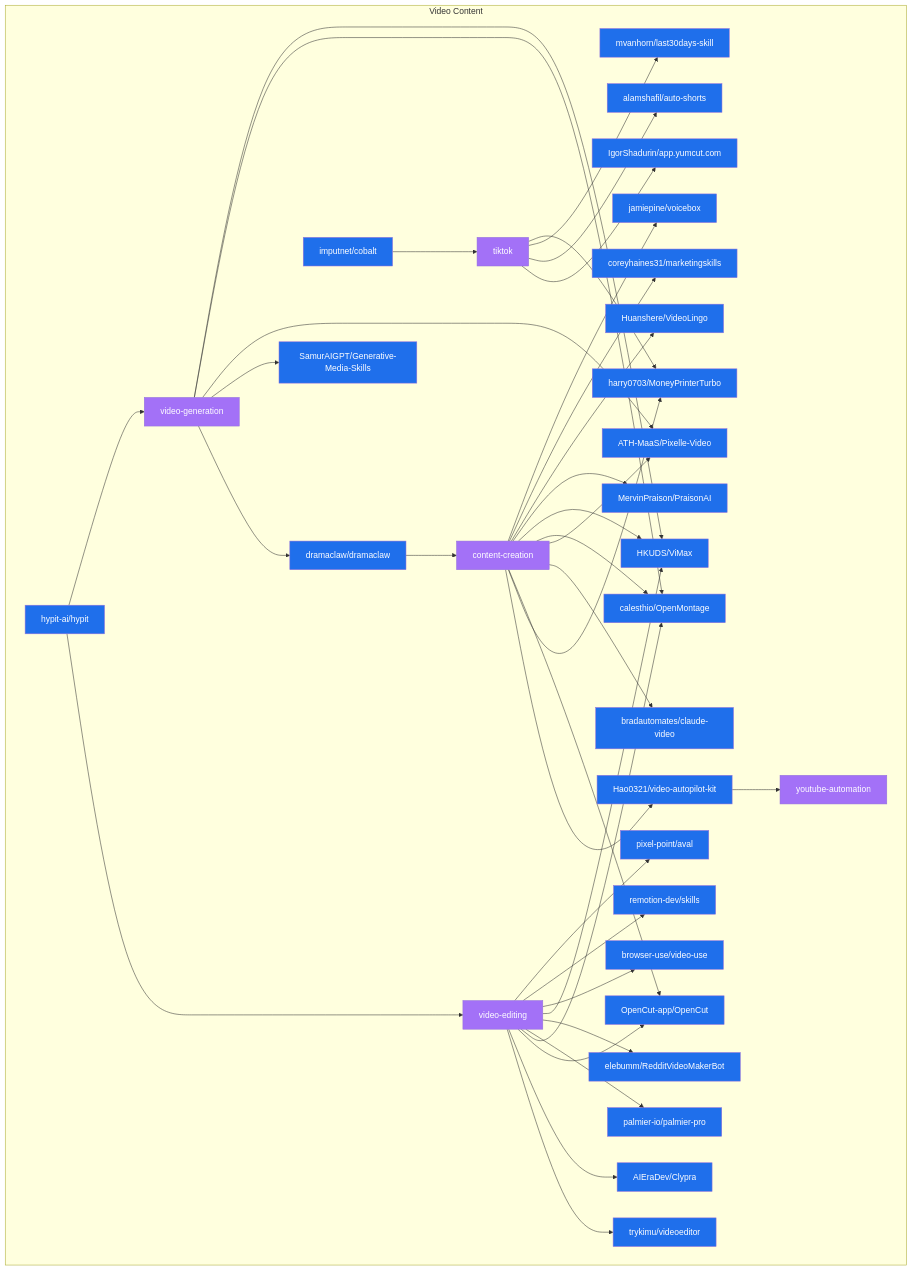
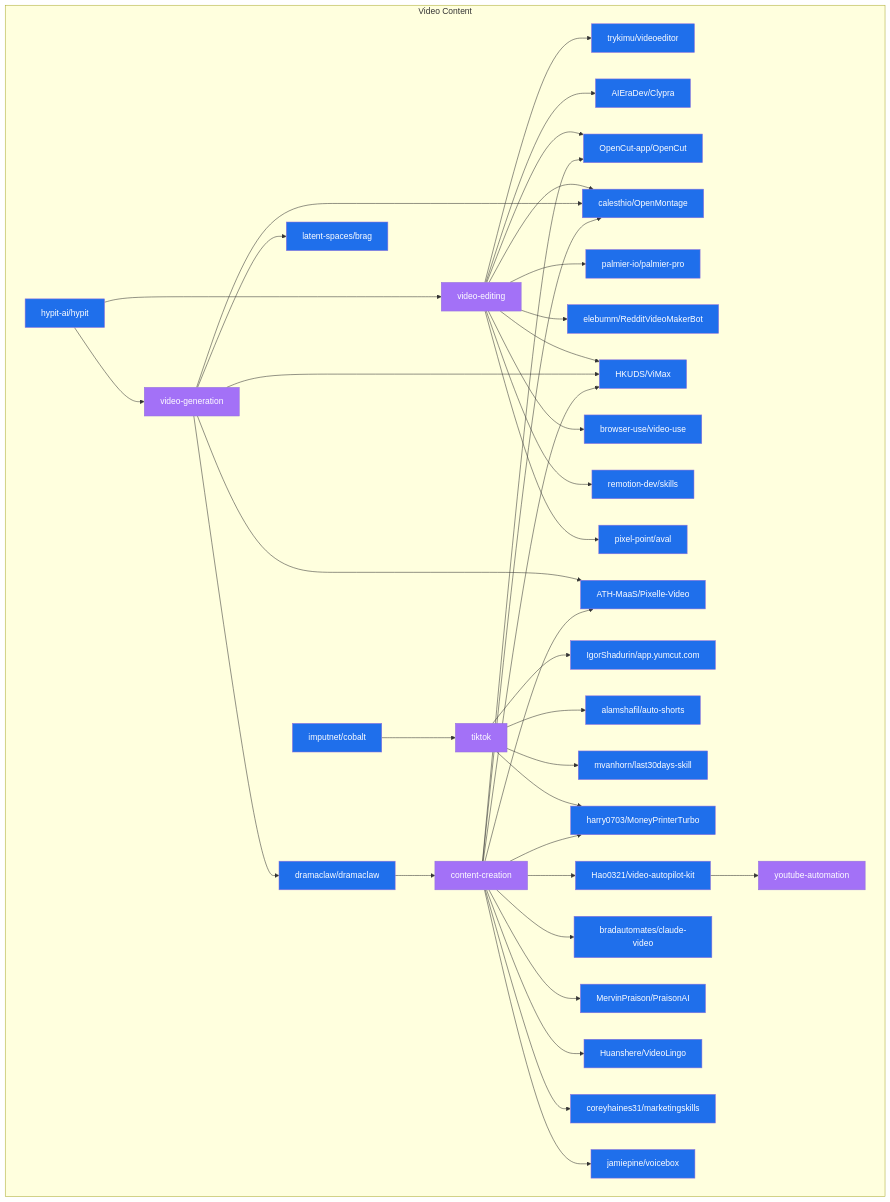
The diagram in data/star_graph_video_content.mermaid (Meru143/star-graph), drawn with Mermaid before and after one commit. The commit also changed 15 other files, not shown here.

Commit message:
chore: weekly star graph update 2026-10-05

```diff
--- a/data/star_graph_video_content.mermaid
+++ b/data/star_graph_video_content.mermaid
@@ -1,73 +1,73 @@
 graph TD
   subgraph video_content ["Video Content"]
+    trykimu_videoeditor["trykimu/videoeditor"]:::repo
+    AIEraDev_Clypra["AIEraDev/Clypra"]:::repo
+    dramaclaw_dramaclaw["dramaclaw/dramaclaw"]:::repo
+    ATH_MaaS_Pixelle_Video["ATH-MaaS/Pixelle-Video"]:::repo
+    alamshafil_auto_shorts["alamshafil/auto-shorts"]:::repo
+    latent_spaces_brag["latent-spaces/brag"]:::repo
+    tiktok["tiktok"]:::topic
+    youtube_automation["youtube-automation"]:::topic
+    video_editing["video-editing"]:::topic
+    video_generation["video-generation"]:::topic
+    IgorShadurin_app_yumcut_com["IgorShadurin/app.yumcut.com"]:::repo
+    elebumm_RedditVideoMakerBot["elebumm/RedditVideoMakerBot"]:::repo
+    bradautomates_claude_video["bradautomates/claude-video"]:::repo
+    Huanshere_VideoLingo["Huanshere/VideoLingo"]:::repo
+    MervinPraison_PraisonAI["MervinPraison/PraisonAI"]:::repo
+    Hao0321_video_autopilot_kit["Hao0321/video-autopilot-kit"]:::repo
+    browser_use_video_use["browser-use/video-use"]:::repo
+    calesthio_OpenMontage["calesthio/OpenMontage"]:::repo
+    imputnet_cobalt["imputnet/cobalt"]:::repo
+    coreyhaines31_marketingskills["coreyhaines31/marketingskills"]:::repo
+    HKUDS_ViMax["HKUDS/ViMax"]:::repo
+    mvanhorn_last30days_skill["mvanhorn/last30days-skill"]:::repo
     harry0703_MoneyPrinterTurbo["harry0703/MoneyPrinterTurbo"]:::repo
-    browser_use_video_use["browser-use/video-use"]:::repo
-    video_generation["video-generation"]:::topic
-    tiktok["tiktok"]:::topic
+    content_creation["content-creation"]:::topic
+    jamiepine_voicebox["jamiepine/voicebox"]:::repo
     palmier_io_palmier_pro["palmier-io/palmier-pro"]:::repo
+    OpenCut_app_OpenCut["OpenCut-app/OpenCut"]:::repo
     remotion_dev_skills["remotion-dev/skills"]:::repo
-    video_editing["video-editing"]:::topic
-    calesthio_OpenMontage["calesthio/OpenMontage"]:::repo
-    MervinPraison_PraisonAI["MervinPraison/PraisonAI"]:::repo
-    content_creation["content-creation"]:::topic
-    coreyhaines31_marketingskills["coreyhaines31/marketingskills"]:::repo
-    bradautomates_claude_video["bradautomates/claude-video"]:::repo
-    Hao0321_video_autopilot_kit["Hao0321/video-autopilot-kit"]:::repo
-    jamiepine_voicebox["jamiepine/voicebox"]:::repo
     pixel_point_aval["pixel-point/aval"]:::repo
-    ATH_MaaS_Pixelle_Video["ATH-MaaS/Pixelle-Video"]:::repo
-    IgorShadurin_app_yumcut_com["IgorShadurin/app.yumcut.com"]:::repo
-    AIEraDev_Clypra["AIEraDev/Clypra"]:::repo
-    SamurAIGPT_Generative_Media_Skills["SamurAIGPT/Generative-Media-Skills"]:::repo
-    HKUDS_ViMax["HKUDS/ViMax"]:::repo
-    alamshafil_auto_shorts["alamshafil/auto-shorts"]:::repo
-    imputnet_cobalt["imputnet/cobalt"]:::repo
-    youtube_automation["youtube-automation"]:::topic
-    trykimu_videoeditor["trykimu/videoeditor"]:::repo
-    dramaclaw_dramaclaw["dramaclaw/dramaclaw"]:::repo
-    Huanshere_VideoLingo["Huanshere/VideoLingo"]:::repo
     hypit_ai_hypit["hypit-ai/hypit"]:::repo
-    OpenCut_app_OpenCut["OpenCut-app/OpenCut"]:::repo
-    elebumm_RedditVideoMakerBot["elebumm/RedditVideoMakerBot"]:::repo
-    mvanhorn_last30days_skill["mvanhorn/last30days-skill"]:::repo
   end
   hypit_ai_hypit --> video_editing
   hypit_ai_hypit --> video_generation
   video_editing --> trykimu_videoeditor
   video_editing --> AIEraDev_Clypra
   video_editing --> OpenCut_app_OpenCut
   video_editing --> calesthio_OpenMontage
   video_editing --> palmier_io_palmier_pro
   video_editing --> elebumm_RedditVideoMakerBot
   video_editing --> HKUDS_ViMax
   video_editing --> browser_use_video_use
   video_editing --> remotion_dev_skills
   video_editing --> pixel_point_aval
   video_generation --> dramaclaw_dramaclaw
-  video_generation --> SamurAIGPT_Generative_Media_Skills
   video_generation --> ATH_MaaS_Pixelle_Video
   video_generation --> calesthio_OpenMontage
+  video_generation --> latent_spaces_brag
   video_generation --> HKUDS_ViMax
   imputnet_cobalt --> tiktok
   tiktok --> IgorShadurin_app_yumcut_com
   tiktok --> alamshafil_auto_shorts
   tiktok --> mvanhorn_last30days_skill
   tiktok --> harry0703_MoneyPrinterTurbo
   dramaclaw_dramaclaw --> content_creation
   content_creation --> Hao0321_video_autopilot_kit
   content_creation --> harry0703_MoneyPrinterTurbo
   content_creation --> OpenCut_app_OpenCut
   content_creation --> bradautomates_claude_video
   content_creation --> ATH_MaaS_Pixelle_Video
   content_creation --> calesthio_OpenMontage
   content_creation --> HKUDS_ViMax
   content_creation --> MervinPraison_PraisonAI
   content_creation --> Huanshere_VideoLingo
   content_creation --> coreyhaines31_marketingskills
   content_creation --> jamiepine_voicebox
   Hao0321_video_autopilot_kit --> youtube_automation
   classDef repo fill:#1f6feb,color:#fff;
   classDef topic fill:#a371f7,color:#fff;
   classDef technology fill:#3fb950,color:#fff;
   classDef use_case fill:#d29922,color:#fff;
   classDef architecture fill:#f85149,color:#fff;
```
